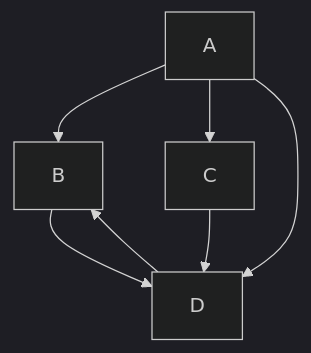
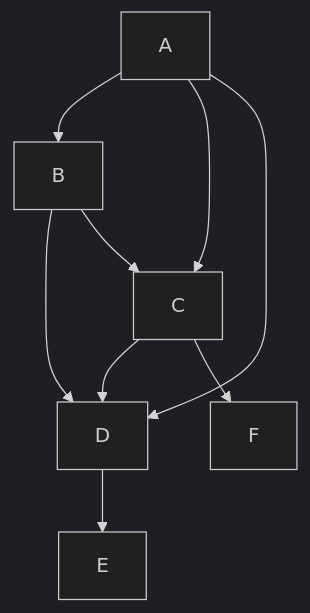
One commit to AttilaVamos/HPCC-Platform changed the diagram in .github/workflows/ActionFlow.md. Above: the diagram before and after it, drawn with Mermaid (dark theme).

````diff
--- a/.github/workflows/ActionFlow.md
+++ b/.github/workflows/ActionFlow.md
@@ -3,8 +3,9 @@
 ```mermaid
   graph TD;
       A-->B;
       A-->C;
       B-->D;
       C-->D;
-      A-->D-->B;
+      A-->D-->E;
+      B-->C-->F;
 ```
````
